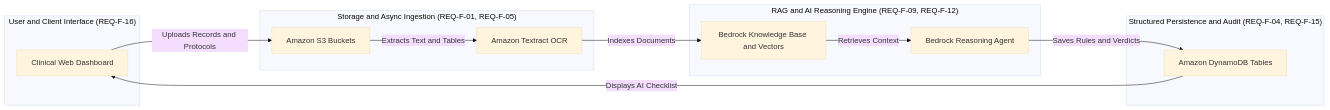
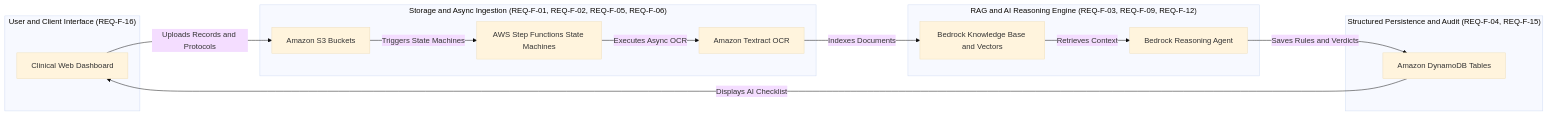
Before and after one commit to skarj/aws-solution-medical-agent: the first of 7 diagrams in Architecture.md, drawn with Mermaid (base theme). The commit also changed other lines of this file and 6 other files, not shown here.

````diff
--- a/Architecture.md
+++ b/Architecture.md
@@ -5,27 +5,29 @@
 ```mermaid
 graph LR
     subgraph Client_Tier ["User and Client Interface (REQ-F-16)"]
         WEB["Clinical Web Dashboard"]
     end
 
-    subgraph Ingestion_Tier ["Storage and Async Ingestion (REQ-F-01, REQ-F-05)"]
+    subgraph Ingestion_Tier ["Storage and Async Ingestion (REQ-F-01, REQ-F-02, REQ-F-05, REQ-F-06)"]
         S3["Amazon S3 Buckets"]
+        SFN["AWS Step Functions State Machines"]
         OCR["Amazon Textract OCR"]
     end
 
-    subgraph AI_Engine_Tier ["RAG and AI Reasoning Engine (REQ-F-09, REQ-F-12)"]
+    subgraph AI_Engine_Tier ["RAG and AI Reasoning Engine (REQ-F-03, REQ-F-09, REQ-F-12)"]
         KB["Bedrock Knowledge Base and Vectors"]
         AGENT["Bedrock Reasoning Agent"]
     end
 
     subgraph Persistence_Tier ["Structured Persistence and Audit (REQ-F-04, REQ-F-15)"]
         DDB["Amazon DynamoDB Tables"]
     end
 
     WEB -->|"Uploads Records and Protocols"| S3
-    S3 -->|"Extracts Text and Tables"| OCR
+    S3 -->|"Triggers State Machines"| SFN
+    SFN -->|"Executes Async OCR"| OCR
     OCR -->|"Indexes Documents"| KB
     KB -->|"Retrieves Context"| AGENT
     AGENT -->|"Saves Rules and Verdicts"| DDB
     DDB -->|"Displays AI Checklist"| WEB
 ```
````
